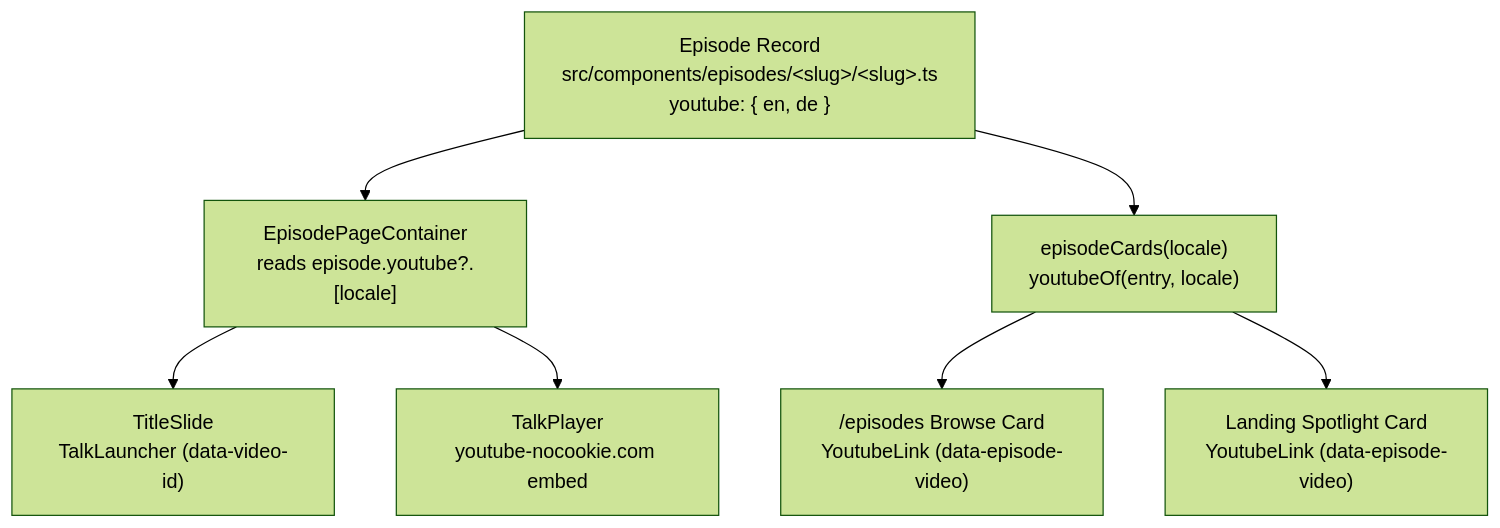
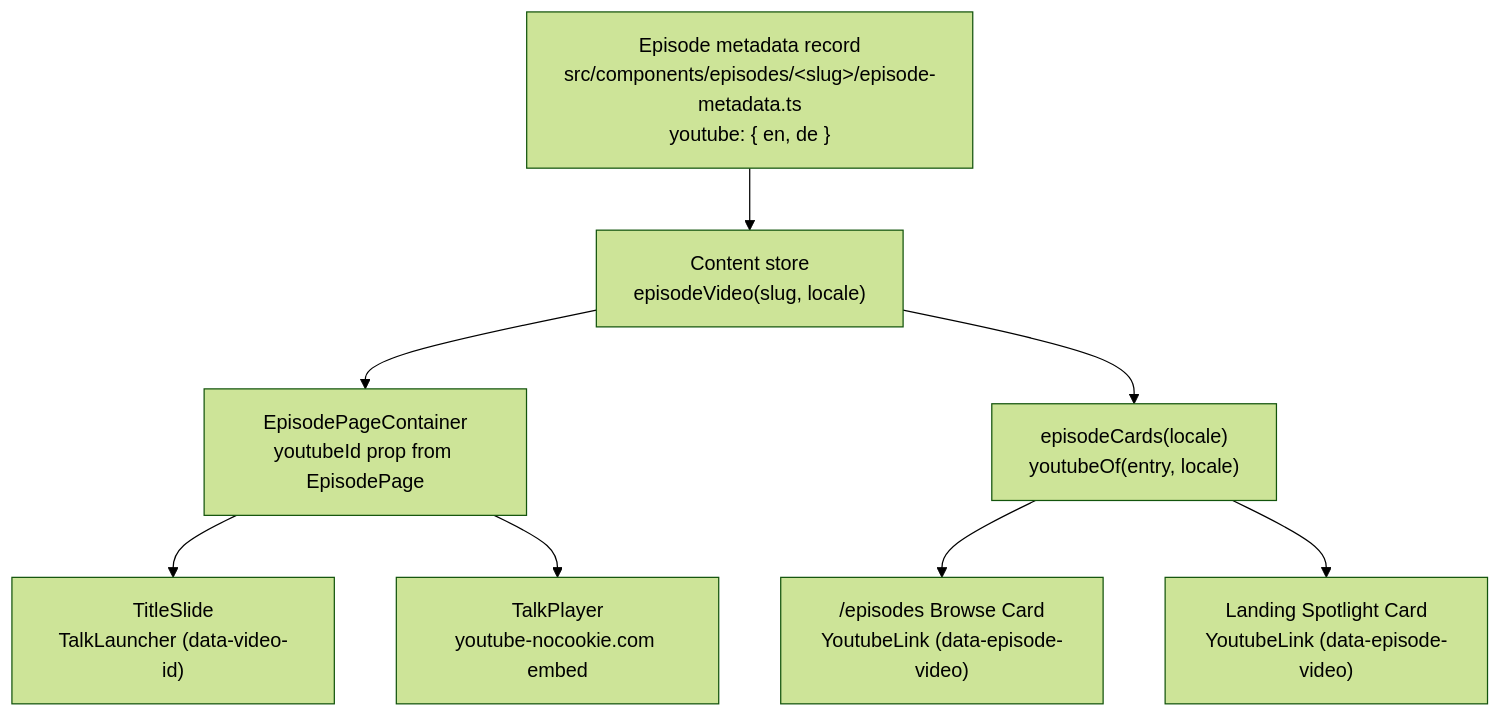
The diagram in skills/episode-add-youtube/SKILL.md (hancrafted/content-library), drawn with Mermaid (forest theme) before and after one commit. The commit also changed other lines of this file and 73 other files, not shown here.

````diff
--- a/skills/episode-add-youtube/SKILL.md
+++ b/skills/episode-add-youtube/SKILL.md
@@ -74,10 +75,11 @@
 ```mermaid
 flowchart TD
-  R["Episode Record<br/>src/components/episodes/&lt;slug&gt;/&lt;slug&gt;.ts<br/>youtube: { en, de }"]
-  R --> C["EpisodePageContainer<br/>reads episode.youtube?.[locale]"]
-  R --> EC["episodeCards(locale)<br/>youtubeOf(entry, locale)"]
+  R["Episode metadata record<br/>src/components/episodes/&lt;slug&gt;/episode-metadata.ts<br/>youtube: { en, de }"]
+  R --> S["Content store<br/>episodeVideo(slug, locale)"]
+  S --> C["EpisodePageContainer<br/>youtubeId prop from EpisodePage"]
+  S --> EC["episodeCards(locale)<br/>youtubeOf(entry, locale)"]
   C --> TS["TitleSlide<br/>TalkLauncher (data-video-id)"]
   C --> TP["TalkPlayer<br/>youtube-nocookie.com embed"]
   EC --> EP["/episodes Browse Card<br/>YoutubeLink (data-episode-video)"]
   EC --> LP["Landing Spotlight Card<br/>YoutubeLink (data-episode-video)"]
 ```
````
